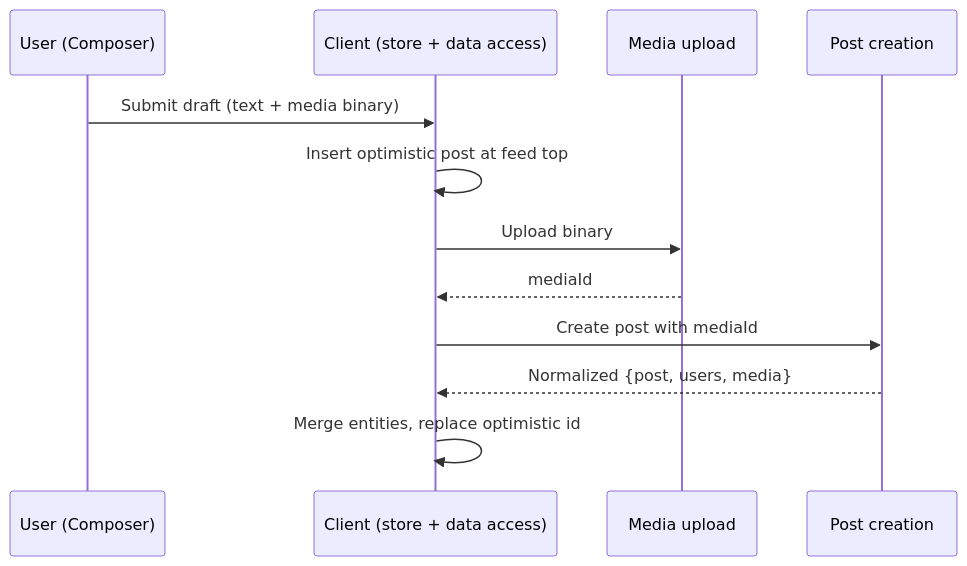
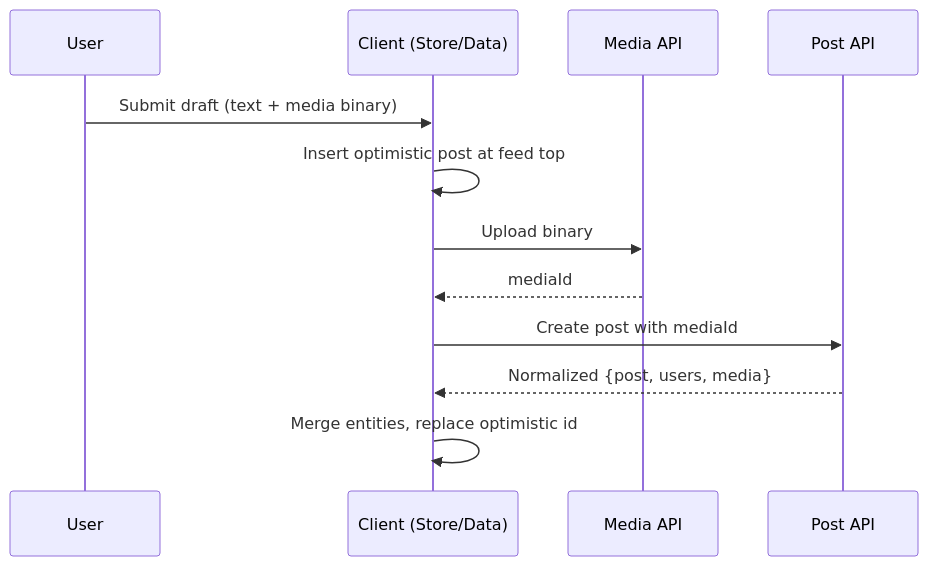
Before and after one commit to kranthikumarkaranam/system_design_obsidian: the second of 3 diagrams in 03 - Case Studies/Case Study - News Feed (e.g. Facebook).md, drawn with Mermaid. The commit also changed other lines of this file and 34 other files, not shown here.

````diff
--- a/03 - Case Studies/Case Study - News Feed (e.g. Facebook).md
+++ b/03 - Case Studies/Case Study - News Feed (e.g. Facebook).md
@@ -320,19 +371,19 @@
 ```mermaid
 sequenceDiagram
-    participant U as User (Composer)
-    participant C as Client (store + data access)
-    participant M as Media upload
-    participant P as Post creation
+    participant U as User
+    participant C as Client (Store/Data)
+    participant M as Media API
+    participant P as Post API
 
     U->>C: Submit draft (text + media binary)
 
     C->>C: Insert optimistic post at feed top
 
     C->>M: Upload binary
     M-->>C: mediaId
 
     C->>P: Create post with mediaId
     P-->>C: Normalized {post, users, media}
 
     C->>C: Merge entities, replace optimistic id
 ```
````
